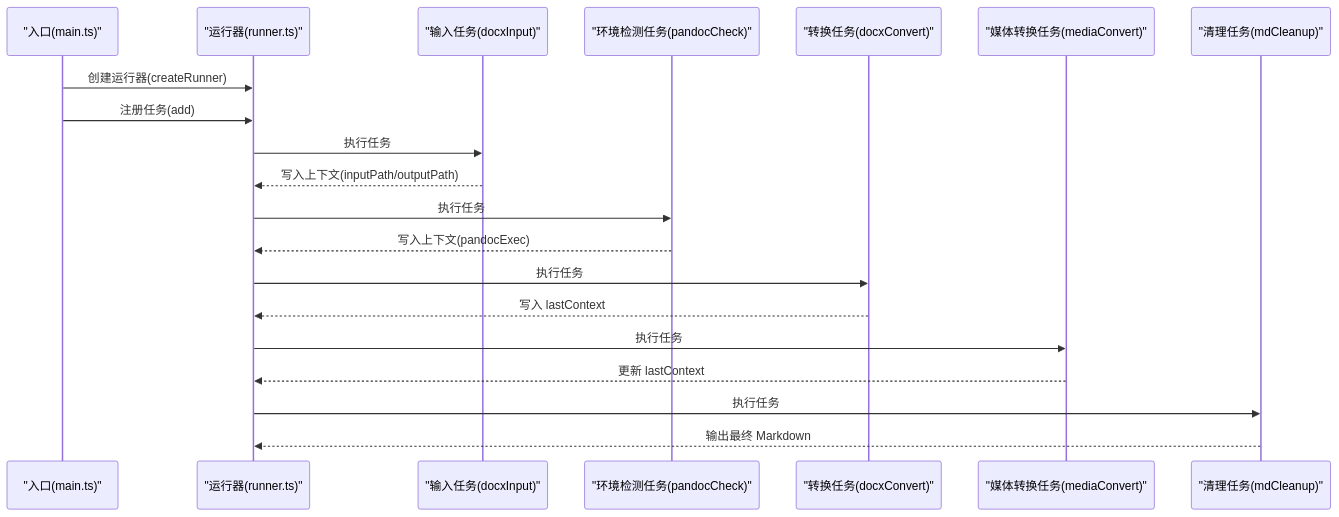
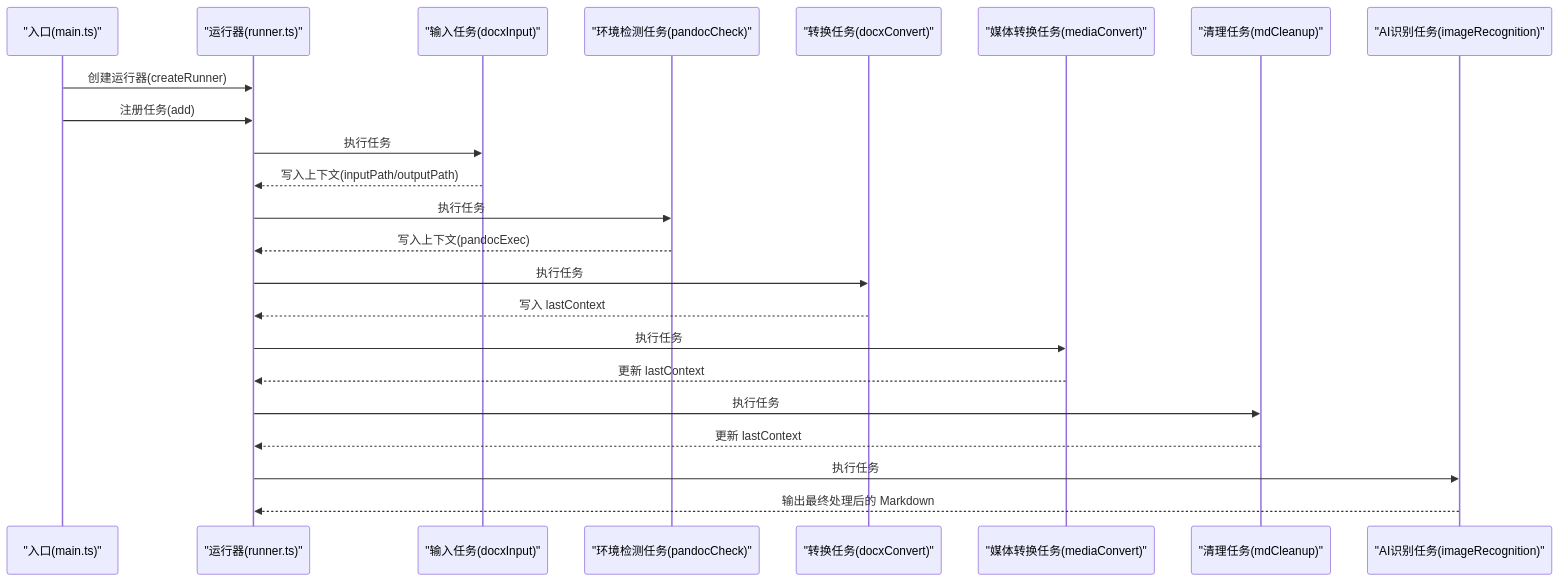
One commit to hllshiro/doc2md-cli changed the second of 4 diagrams in .qoder/repowiki/zh/content/核心架构设计/任务系统架构.md. Above: the diagram before and after it, drawn with Mermaid. The commit also changed other lines of this file and 5 other files, not shown here.

First line of the commit message:
feat(config): 新增AI配置管理与图片识别功能

````diff
--- a/.qoder/repowiki/zh/content/核心架构设计/任务系统架构.md
+++ b/.qoder/repowiki/zh/content/核心架构设计/任务系统架构.md
@@ -96,22 +111,25 @@
 ```mermaid
 sequenceDiagram
 participant Entry as "入口(main.ts)"
 participant Runner as "运行器(runner.ts)"
 participant T1 as "输入任务(docxInput)"
 participant T2 as "环境检测任务(pandocCheck)"
 participant T3 as "转换任务(docxConvert)"
 participant T4 as "媒体转换任务(mediaConvert)"
 participant T5 as "清理任务(mdCleanup)"
+participant T6 as "AI识别任务(imageRecognition)"
 Entry->>Runner : 创建运行器(createRunner)
 Entry->>Runner : 注册任务(add)
 Runner->>T1 : 执行任务
 T1-->>Runner : 写入上下文(inputPath/outputPath)
 Runner->>T2 : 执行任务
 T2-->>Runner : 写入上下文(pandocExec)
 Runner->>T3 : 执行任务
 T3-->>Runner : 写入 lastContext
 Runner->>T4 : 执行任务
 T4-->>Runner : 更新 lastContext
 Runner->>T5 : 执行任务
-T5-->>Runner : 输出最终 Markdown
+T5-->>Runner : 更新 lastContext
+Runner->>T6 : 执行任务
+T6-->>Runner : 输出最终处理后的 Markdown
 ```
````
